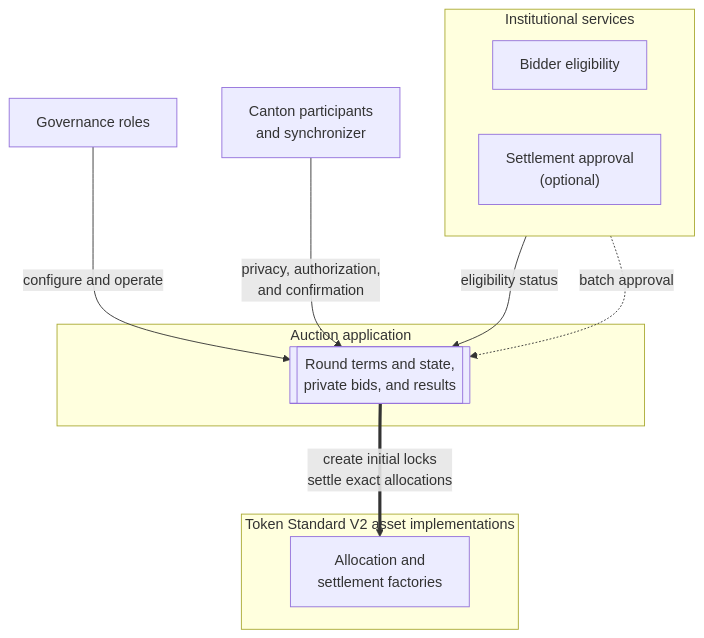
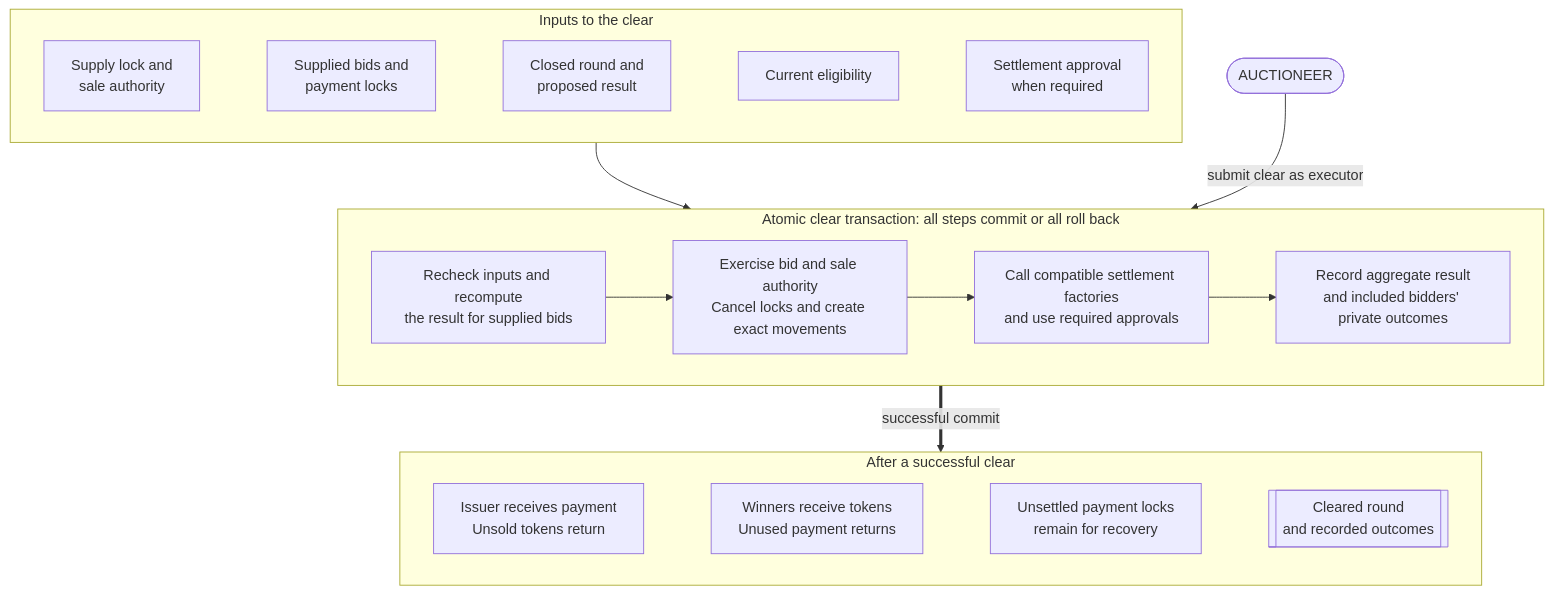
The fifth of 6 diagrams in docs/reference-architectures/confidential-auction.md (OpenZeppelin/canton-specs), drawn with Mermaid before and after one commit. The commit also changed other lines of this file, not shown here.

Commit message:
[Confidential Auction RI] Add visual guidance to the Architecture Overview and Target Design (#103)

````diff
--- a/docs/reference-architectures/confidential-auction.md
+++ b/docs/reference-architectures/confidential-auction.md
@@ -159,25 +519,46 @@
 ```mermaid
 flowchart TB
-    subgraph Services["Institutional services"]
+    Auctioneer([AUCTIONEER])
+
+    subgraph Inputs["Inputs to the clear"]
         direction LR
-        Eligibility["Bidder eligibility"]
-        Approval["Settlement approval<br/>(optional)"]
+        Supply["Supply lock and<br/>sale authority"]
+        Payments["Supplied bids and<br/>payment locks"]
+        Proposal["Closed round and<br/>proposed result"]
+        Eligibility["Current eligibility"]
+        Approval["Settlement approval<br/>when required"]
+
+        Supply ~~~ Payments
+        Payments ~~~ Proposal
+        Proposal ~~~ Eligibility
+        Eligibility ~~~ Approval
     end
 
-    subgraph App["Auction application"]
-        Auction[["Round terms and state,<br/>private bids, and results"]]
+    subgraph ClearTx["Atomic clear transaction: all steps commit or all roll back"]
+        direction LR
+        Validate["Recheck inputs and recompute<br/>the result for supplied bids"]
+        Exact["Exercise bid and sale authority<br/>Cancel locks and create exact movements"]
+        Settle["Call compatible settlement factories<br/>and use required approvals"]
+        Record["Record aggregate result<br/>and included bidders' private outcomes"]
+
+        Exact --> Settle
+        Validate --> Exact
+        Settle --> Record
     end
 
-    subgraph Assets["Token Standard V2 asset implementations"]
-        Registries["Allocation and<br/>settlement factories"]
+    subgraph Outcome["After a successful clear"]
+        direction LR
+        IssuerResult["Issuer receives payment<br/>Unsold tokens return"]
+        WinnerResult["Winners receive tokens<br/>Unused payment returns"]
+        Remaining["Unsettled payment locks<br/>remain for recovery"]
+        RoundResult[["Cleared round<br/>and recorded outcomes"]]
+
+        IssuerResult ~~~ WinnerResult
+        WinnerResult ~~~ Remaining
+        Remaining ~~~ RoundResult
     end
 
-    Governance["Governance roles"]
-    Canton["Canton participants<br/>and synchronizer"]
-
-    Eligibility -->|"eligibility status"| Auction
-    Approval -.->|"batch approval"| Auction
-    Governance -->|"configure and operate"| Auction
-    Canton -->|"privacy, authorization,<br/>and confirmation"| Auction
-    Auction ==>|"create initial locks<br/>settle exact allocations"| Registries
+    Inputs --> ClearTx
+    Auctioneer -->|"submit clear as executor"| ClearTx
+    ClearTx ==>|"successful commit"| Outcome
 ```
````
